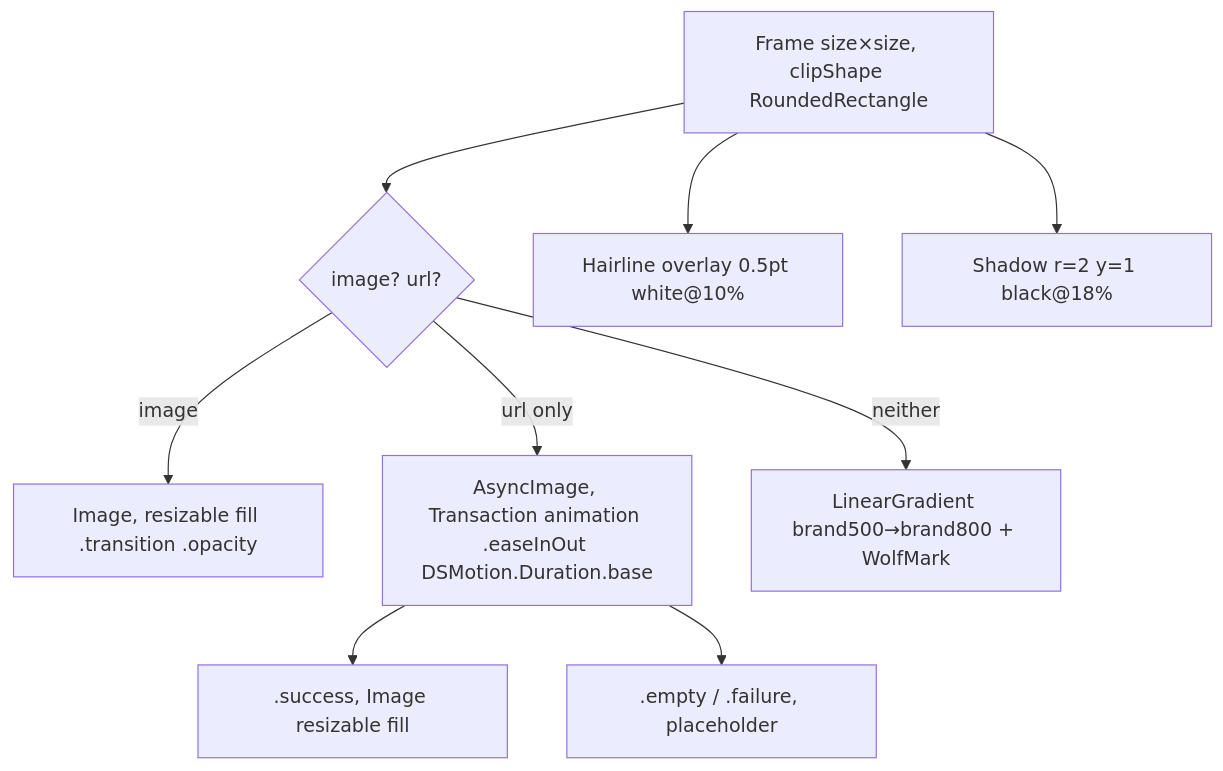
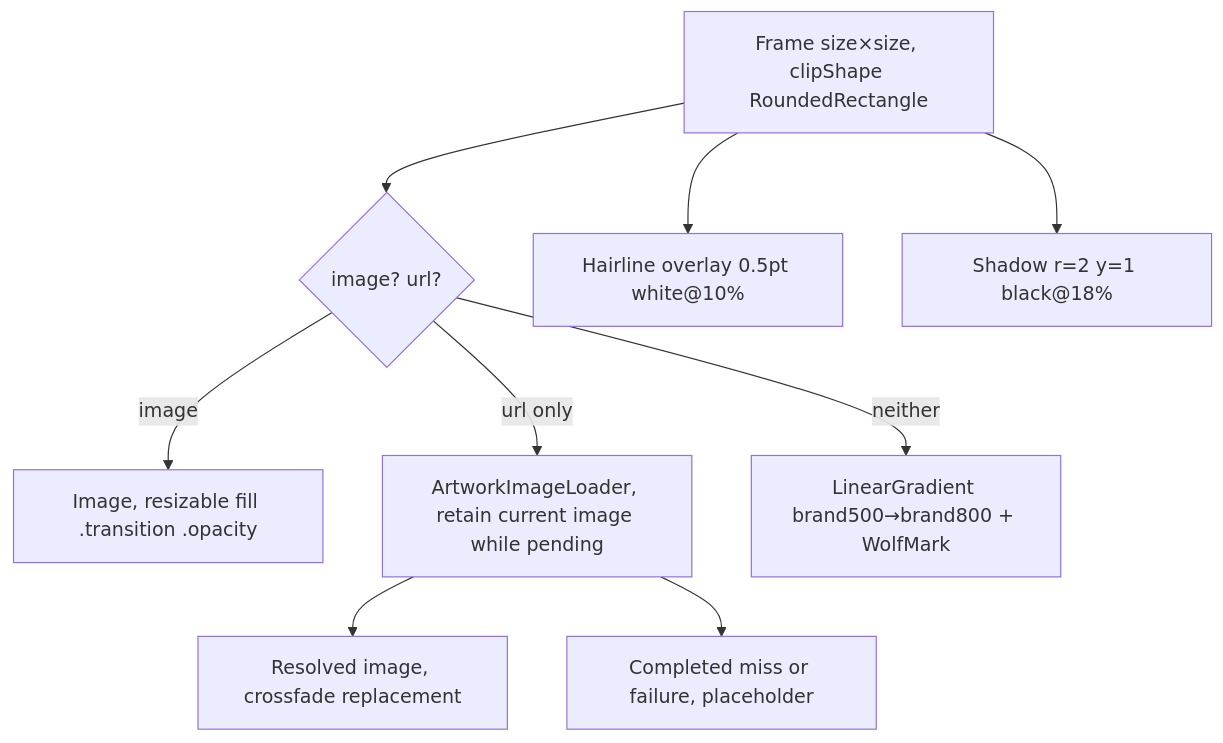
One commit to MrDemonWolf/wolfwave changed the diagram in design-system/components/album-art-view.md. Above: the diagram before and after it, drawn with Mermaid. The commit also changed other lines of this file and 33 other files, not shown here.

````diff
--- a/design-system/components/album-art-view.md
+++ b/design-system/components/album-art-view.md
@@ -50,11 +50,11 @@
 ```mermaid
 graph TB
   Tile[Frame size×size, clipShape RoundedRectangle] --> Pick{image? url?}
   Pick -->|image| Img[Image, resizable fill .transition .opacity]
-  Pick -->|url only| Async[AsyncImage, Transaction animation .easeInOut DSMotion.Duration.base]
-  Async --> Success[.success, Image resizable fill]
-  Async --> EmptyFail[.empty / .failure, placeholder]
+  Pick -->|url only| Async[ArtworkImageLoader, retain current image while pending]
+  Async --> Success[Resolved image, crossfade replacement]
+  Async --> EmptyFail[Completed miss or failure, placeholder]
   Pick -->|neither| Placeholder[LinearGradient brand500→brand800 + WolfMark]
   Tile --> Stroke[Hairline overlay 0.5pt white@10%]
   Tile --> Shadow[Shadow r=2 y=1 black@18%]
 ```
````
